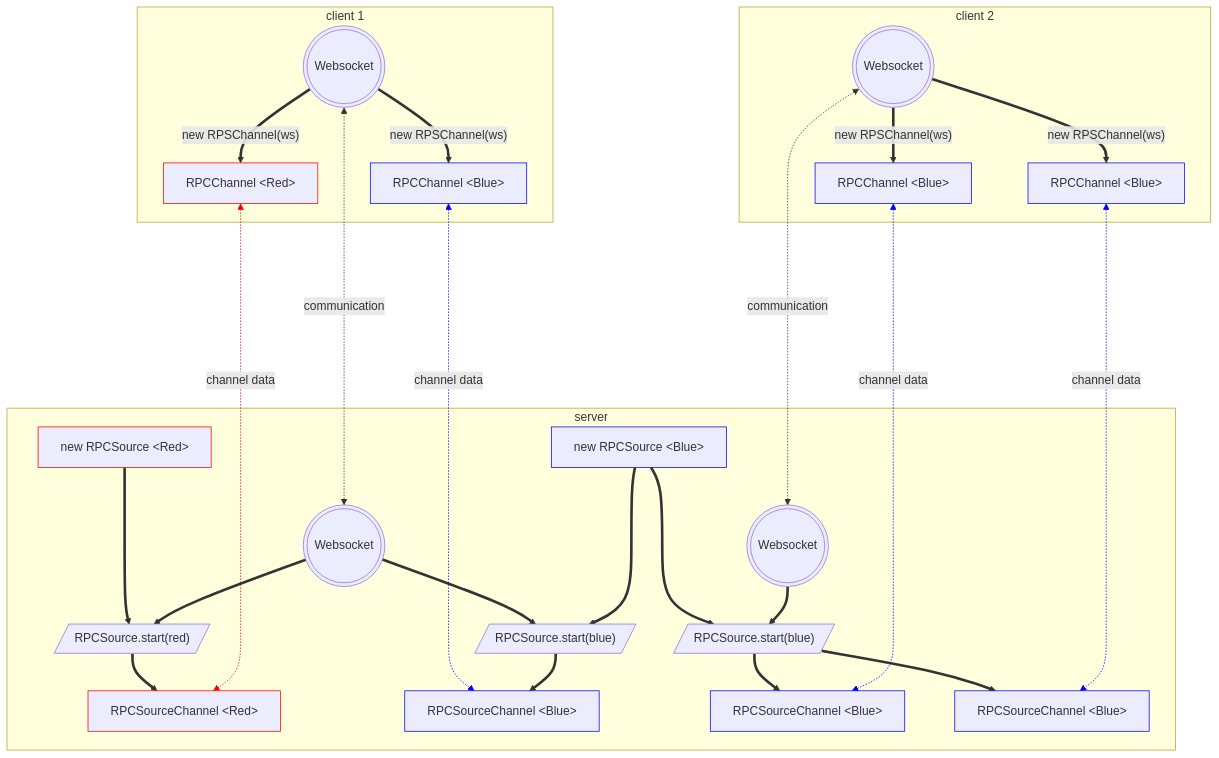
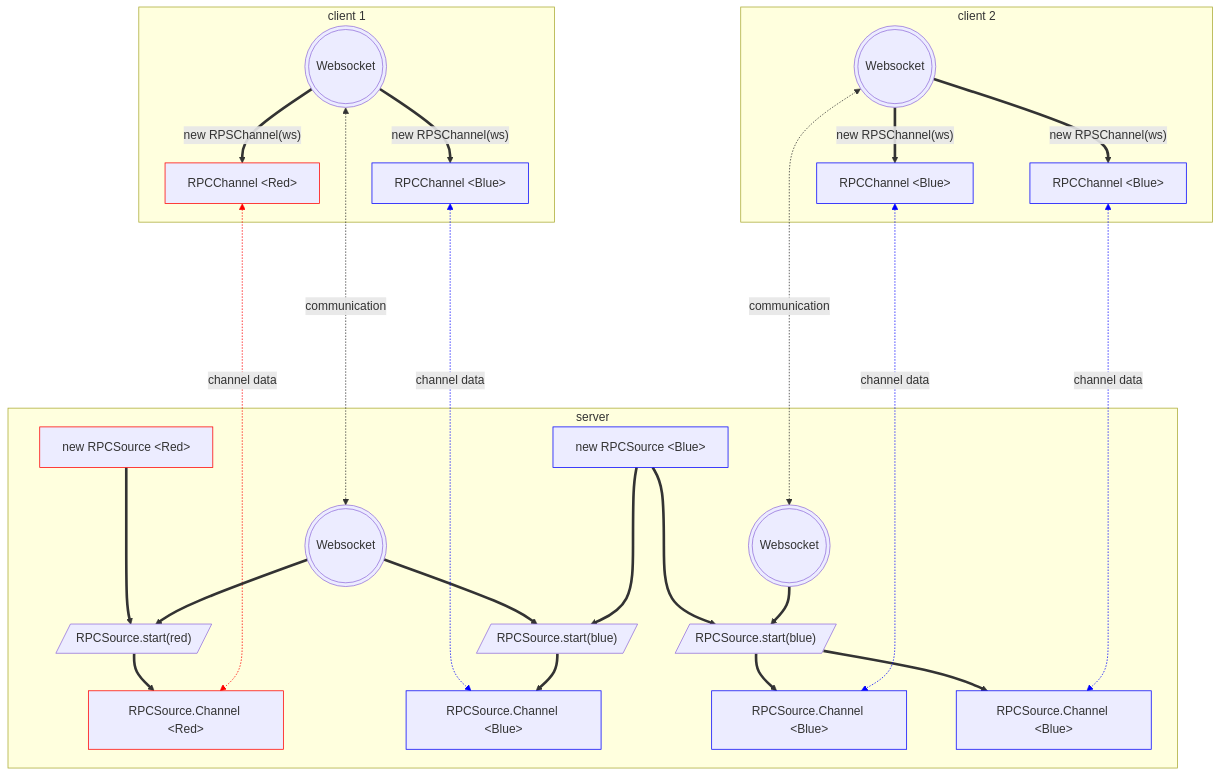
One commit to flinbein/stateful-rpc changed the second of 2 diagrams in README.md. Above: the diagram before and after it, drawn with Mermaid. The commit also changed other lines of this file and 17 other files, not shown here.

Commit message:
Add RPCSourceChannel and related utilities; refactor RPCSource to support channel creation and management #minor

````diff
--- a/README.md
+++ b/README.md
@@ -600,60 +721,60 @@
 ```mermaid
 flowchart TB
     subgraph c1["client 1"]
         C11["RPCChannel #lt;Red#gt;"]
         ws1((("Websocket")))
         C12["RPCChannel #lt;Blue#gt;"]
     end
     subgraph c2["client 2"]
         C21["RPCChannel #lt;Blue#gt;"]
         C22["RPCChannel #lt;Blue#gt;"]
         ws2((("Websocket")))
     end
     subgraph s1["server"]
         S1["new RPCSource #lt;Red#gt;"]
         S2["new RPCSource #lt;Blue#gt;"]
         wss1((("Websocket")))
         wss2((("Websocket")))
         start11[/"RPCSource.start(red)"/]
         start12[/"RPCSource.start(blue)"/]
         start21[/"RPCSource.start(blue)"/]
-        S1C11["RPCSourceChannel #lt;Red#gt;"]
-        S1C12["RPCSourceChannel #lt;Blue#gt;"]
-        S1C21["RPCSourceChannel #lt;Blue#gt;"]
-        S1C22["RPCSourceChannel #lt;Blue#gt;"]
+        S1C11["RPCSource.Channel #lt;Red#gt;"]
+        S1C12["RPCSource.Channel #lt;Blue#gt;"]
+        S1C21["RPCSource.Channel #lt;Blue#gt;"]
+        S1C22["RPCSource.Channel #lt;Blue#gt;"]
     end
     ws1 == new RPSChannel(ws) ==> C11 & C12
     ws2 == new RPSChannel(ws) ==> C21 & C22
     wss1 ==> start12
     start11 ==> S1C11
     start21 ==> S1C21 & S1C22
     C11 <-. channel data .......-> S1C11
     C12 <-. channel data .......-> S1C12
     C21 <-. channel data .......-> S1C21
     C22 <-. channel data .......-> S1C22
     S2 ===> start12
     S2 ===> start21
     ws1 <-. communication ...-> wss1
     ws2 <-. communication ...-> wss2
     S1 ===> start11
     wss1 ==> start11
     wss2 ==> start21
     start12 ==> S1C12
     
     style C11 stroke:red
     style C12 stroke:blue
     style C21 stroke:blue
     style C22 stroke:blue
     style S1 stroke:red
     style S2 stroke:blue
     style S1C11 stroke:red
     style S1C12 stroke:blue
     style S1C21 stroke:blue
     style S1C22 stroke:blue
     
     linkStyle 8 stroke:red
     linkStyle 9 stroke:blue
     linkStyle 10 stroke:blue
     linkStyle 11 stroke:blue
 
 ```
````
